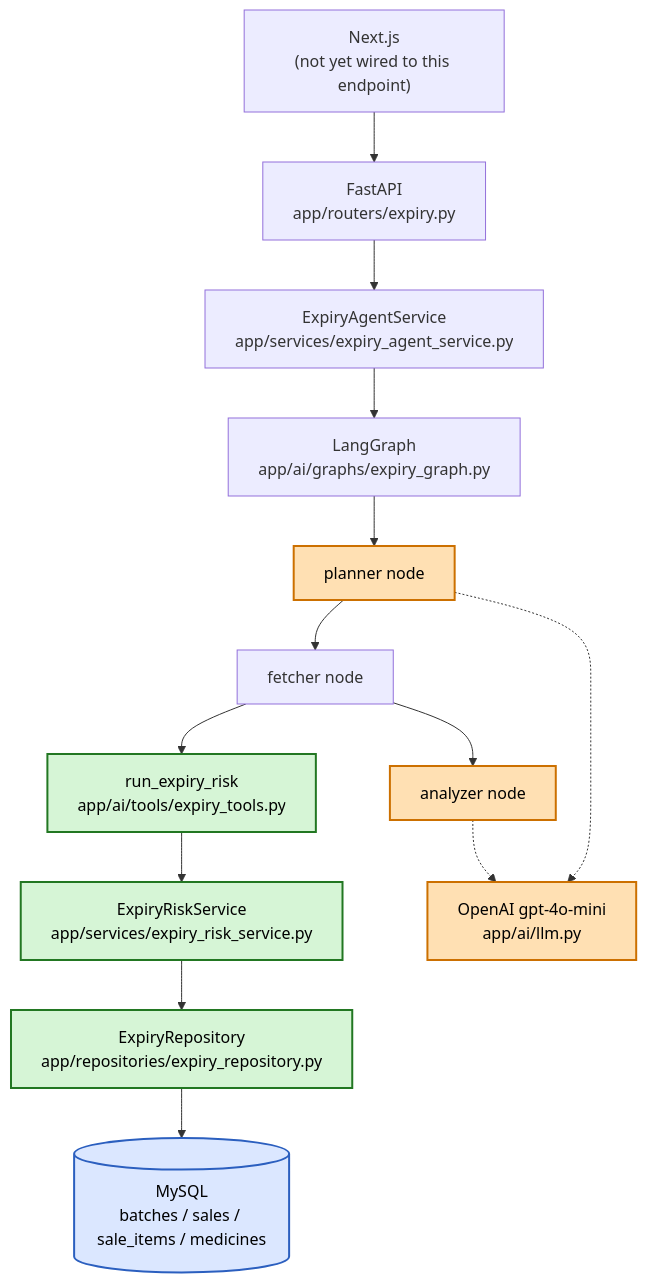
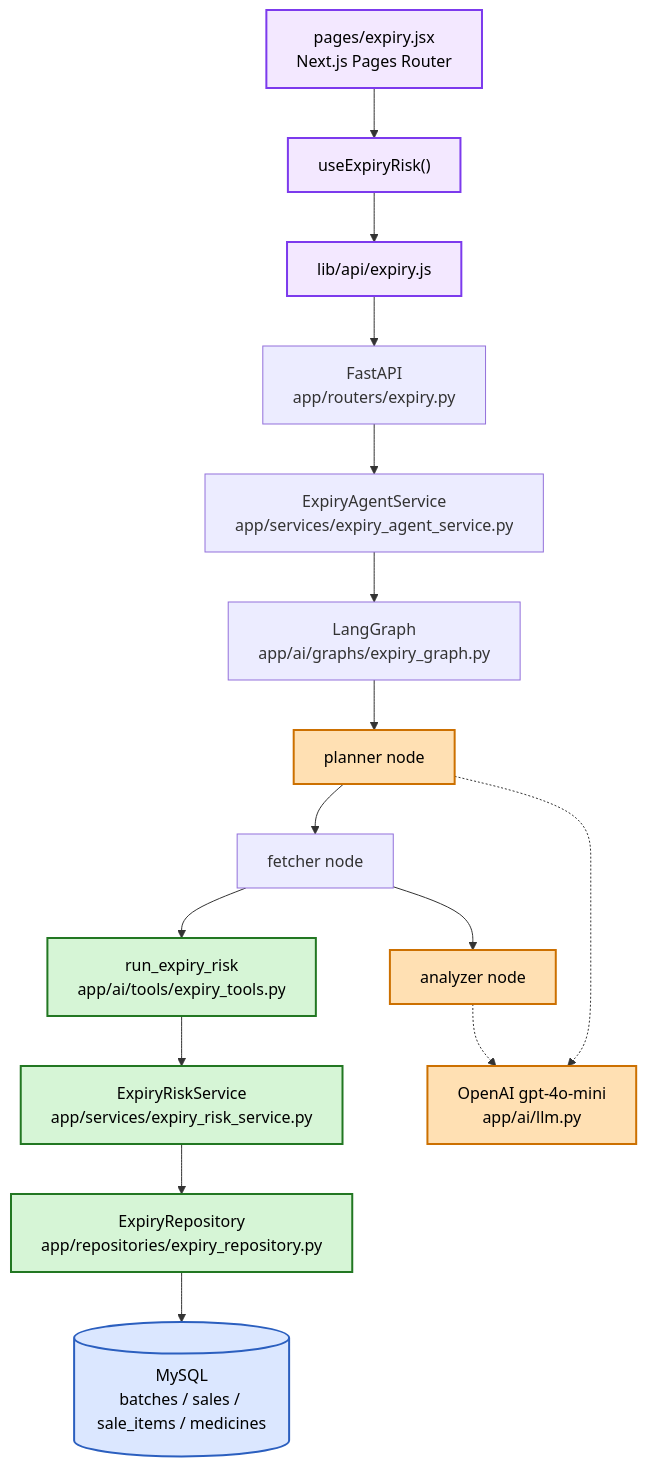
One commit to anurag-main/AI-Powered-Connected-Pharmacy-Ecosystem changed the first of 4 diagrams in docs/agents/expiry_risk_agent.md. Above: the diagram before and after it, drawn with Mermaid. The commit also changed other lines of this file and 3 other files, not shown here.

````diff
--- a/docs/agents/expiry_risk_agent.md
+++ b/docs/agents/expiry_risk_agent.md
@@ -83,35 +85,41 @@
 ```mermaid
 flowchart TD
-    UI["Next.js<br/>(not yet wired to this endpoint)"]
+    UI["pages/expiry.jsx<br/>Next.js Pages Router"]
+    HOOK["useExpiryRisk()"]
+    APICLIENT["lib/api/expiry.js"]
     API["FastAPI<br/>app/routers/expiry.py"]
     SVC["ExpiryAgentService<br/>app/services/expiry_agent_service.py"]
     GRAPH["LangGraph<br/>app/ai/graphs/expiry_graph.py"]
     PLAN["planner node"]
     FETCH["fetcher node"]
     ANA["analyzer node"]
     TOOL["run_expiry_risk<br/>app/ai/tools/expiry_tools.py"]
     RISK["ExpiryRiskService<br/>app/services/expiry_risk_service.py"]
     REPO["ExpiryRepository<br/>app/repositories/expiry_repository.py"]
     DB[("MySQL<br/>batches / sales / sale_items / medicines")]
     LLM["OpenAI gpt-4o-mini<br/>app/ai/llm.py"]
 
-    UI --> API
+    UI --> HOOK
+    HOOK --> APICLIENT
+    APICLIENT --> API
     API --> SVC
     SVC --> GRAPH
     GRAPH --> PLAN
     PLAN --> FETCH
     FETCH --> ANA
     FETCH --> TOOL
     TOOL --> RISK
     RISK --> REPO
     REPO --> DB
     PLAN -.-> LLM
     ANA -.-> LLM
 
     classDef det fill:#d6f5d6,stroke:#227722,stroke-width:2px,color:#000
     classDef ai fill:#ffe0b3,stroke:#cc7000,stroke-width:2px,color:#000
     classDef data fill:#dbe7ff,stroke:#2b5fbf,stroke-width:2px,color:#000
+    classDef fe fill:#f3e8ff,stroke:#7c3aed,stroke-width:2px,color:#000
     class RISK,REPO,TOOL det
     class LLM,PLAN,ANA ai
     class DB data
+    class UI,HOOK,APICLIENT fe
 ```
````
